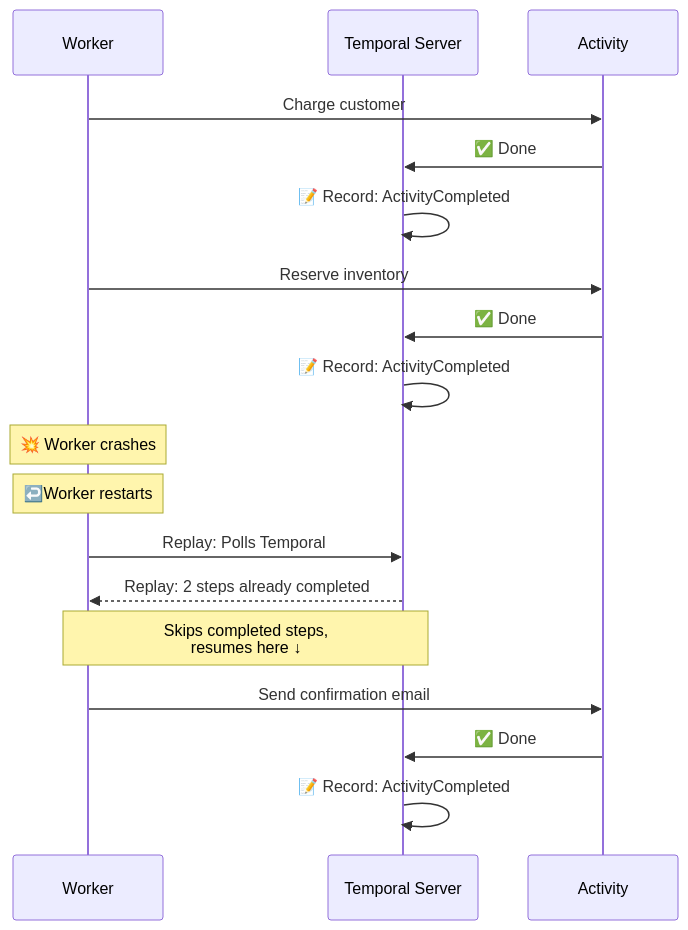
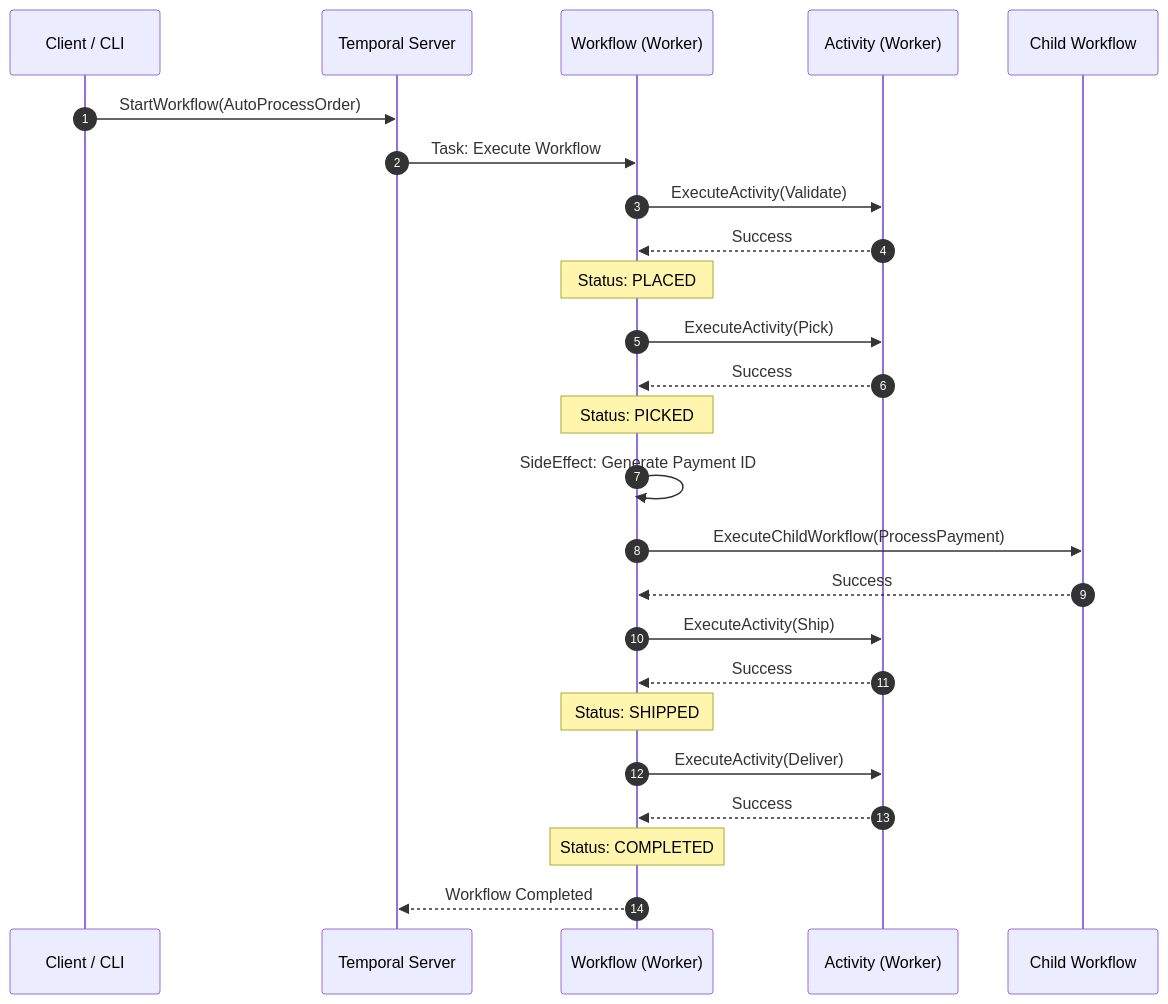
One commit to romangurevitch/GoTraining changed the first of 2 diagrams in internal/temporal/README.md. Above: the diagram before and after it, drawn with Mermaid. The commit also changed other lines of this file and 3 other files, not shown here.

````diff
--- a/internal/temporal/README.md
+++ b/internal/temporal/README.md
@@ -33,25 +14,33 @@
 ```mermaid
 sequenceDiagram
-    participant W as Worker
+    autonumber
+    participant C as Client / CLI
     participant T as Temporal Server
-    participant A as Activity
+    participant W as Workflow (Worker)
+    participant A as Activity (Worker)
+    participant CW as Child Workflow
 
-    W->>A: Charge customer
-    A->>T: ✅ Done
-    T->>T: 📝 Record: ActivityCompleted
+    C->>T: StartWorkflow(AutoProcessOrder)
+    T->>W: Task: Execute Workflow
+    
+    W->>A: ExecuteActivity(Validate)
+    A-->>W: Success
+    Note over W: Status: PLACED
 
-    W->>A: Reserve inventory
-    A->>T: ✅ Done
-    T->>T: 📝 Record: ActivityCompleted
+    W->>A: ExecuteActivity(Pick)
+    A-->>W: Success
+    Note over W: Status: PICKED
 
-    Note over W: 💥 Worker crashes
-    Note over W: ↩️Worker restarts
+    W->>W: SideEffect: Generate Payment ID
+    W->>CW: ExecuteChildWorkflow(ProcessPayment)
+    CW-->>W: Success
 
-    W->>T: Replay: Polls Temporal
-    T-->>W: Replay: 2 steps already completed
-    Note over W,T: Skips completed steps,<br>resumes here ↓
+    W->>A: ExecuteActivity(Ship)
+    A-->>W: Success
+    Note over W: Status: SHIPPED
 
-    W->>A: Send confirmation email
-    A->>T: ✅ Done
-    T->>T: 📝 Record: ActivityCompleted
+    W->>A: ExecuteActivity(Deliver)
+    A-->>W: Success
+    Note over W: Status: COMPLETED
+    W-->>T: Workflow Completed
 ```
````
